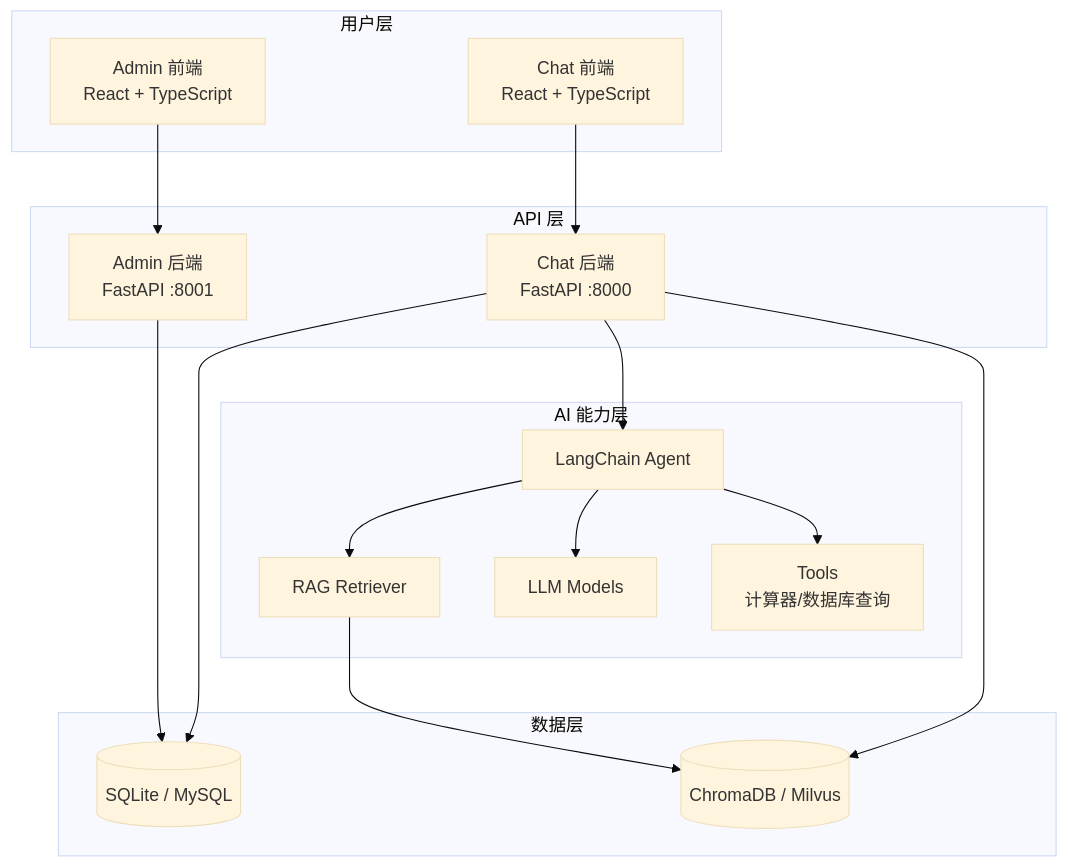
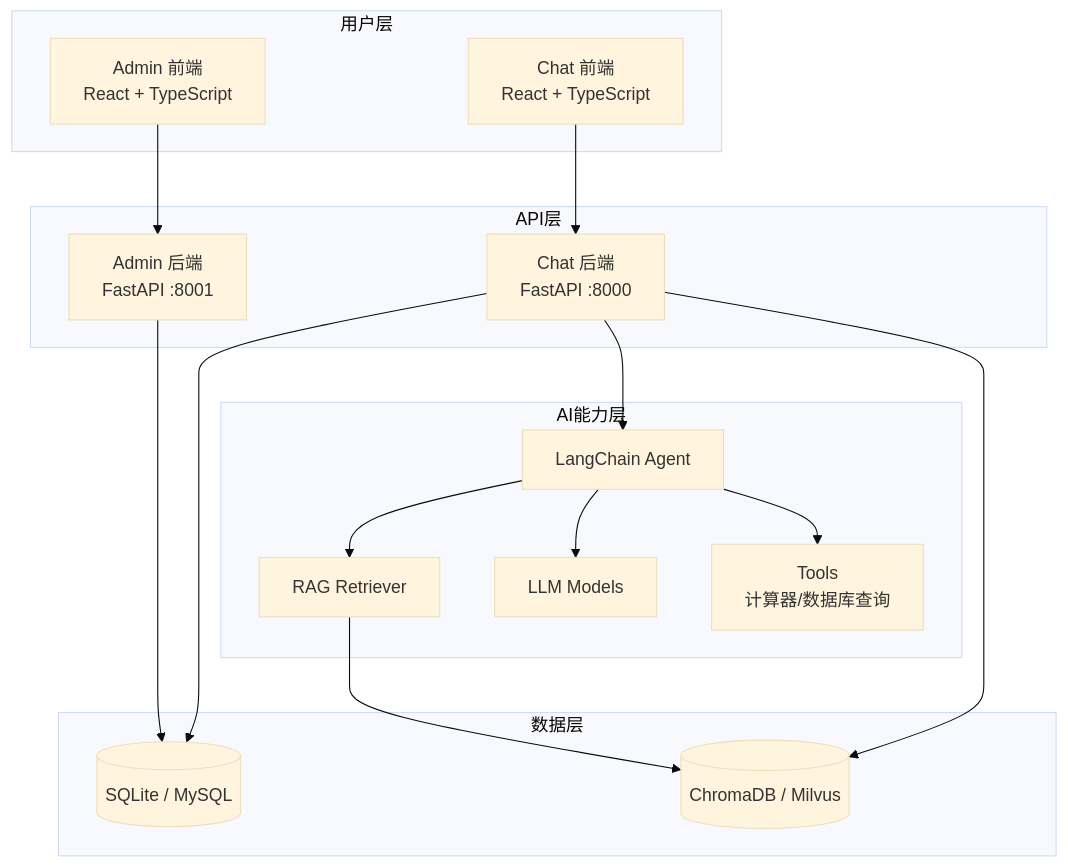
One commit to xmgfy/MGAgent changed the diagram in website/docs/intro.md. Above: the diagram before and after it, drawn with Mermaid (base theme). The commit also changed 67 other files, not shown here.

````diff
--- a/website/docs/intro.md
+++ b/website/docs/intro.md
@@ -78,35 +78,35 @@
 ```mermaid
 flowchart TB
-    subgraph "用户层"
-        A[Chat 前端<br/>React + TypeScript]
-        B[Admin 前端<br/>React + TypeScript]
+    subgraph 用户层
+        A["Chat 前端<br/>React + TypeScript"]
+        B["Admin 前端<br/>React + TypeScript"]
     end
 
-    subgraph "API 层"
-        C[Chat 后端<br/>FastAPI :8000]
-        D[Admin 后端<br/>FastAPI :8001]
+    subgraph API层
+        C["Chat 后端<br/>FastAPI :8000"]
+        D["Admin 后端<br/>FastAPI :8001"]
     end
 
-    subgraph "数据层"
+    subgraph 数据层
         E[("SQLite / MySQL")]
         F[("ChromaDB / Milvus")]
     end
 
-    subgraph "AI 能力层"
+    subgraph AI能力层
         G[LangChain Agent]
         H[RAG Retriever]
         I[LLM Models]
-        J[Tools<br/>计算器/数据库查询]
+        J["Tools<br/>计算器/数据库查询"]
     end
 
     A --> C
     B --> D
     C --> E
     C --> F
     C --> G
     G --> H
     G --> I
     G --> J
     H --> F
     D --> E
 ```
````
